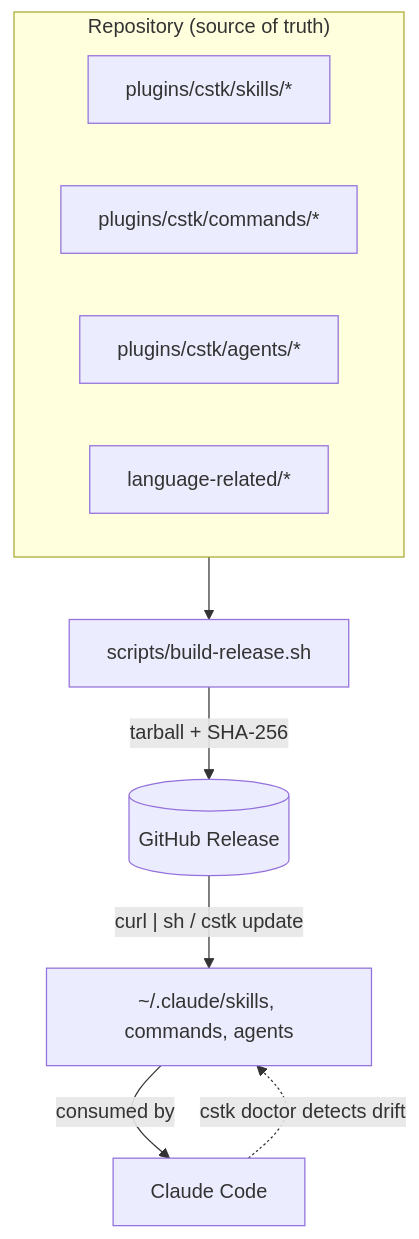
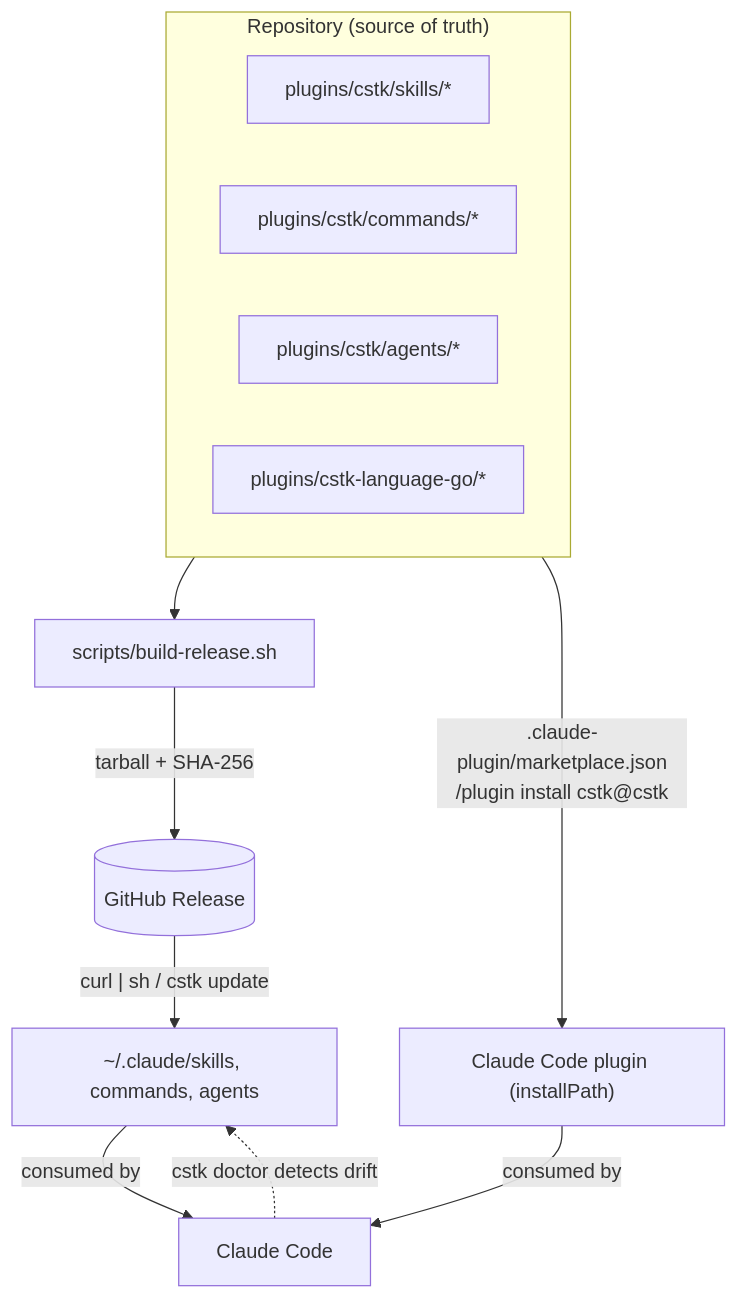
One commit to JotJunior/cstk changed the first of 3 diagrams in CONTRIBUTING.md. Above: the diagram before and after it, drawn with Mermaid. The commit also changed other lines of this file and 8 other files, not shown here.

````diff
--- a/CONTRIBUTING.md
+++ b/CONTRIBUTING.md
@@ -32,14 +32,16 @@
 ```mermaid
 flowchart TD
     subgraph Source["Repository (source of truth)"]
         S[plugins/cstk/skills/*]
         C[plugins/cstk/commands/*]
         A[plugins/cstk/agents/*]
-        L[language-related/*]
+        L[plugins/cstk-language-go/*]
     end
     BR[scripts/build-release.sh] -->|tarball + SHA-256| REL[(GitHub Release)]
     Source --> BR
     REL -->|"curl | sh / cstk update"| INST["~/.claude/skills, commands, agents"]
+    Source -->|".claude-plugin/marketplace.json<br/>/plugin install cstk@cstk"| PLG["Claude Code plugin (installPath)"]
     INST -->|consumed by| CC[Claude Code]
+    PLG -->|consumed by| CC
     CC -.->|cstk doctor detects drift| INST
 ```
````
